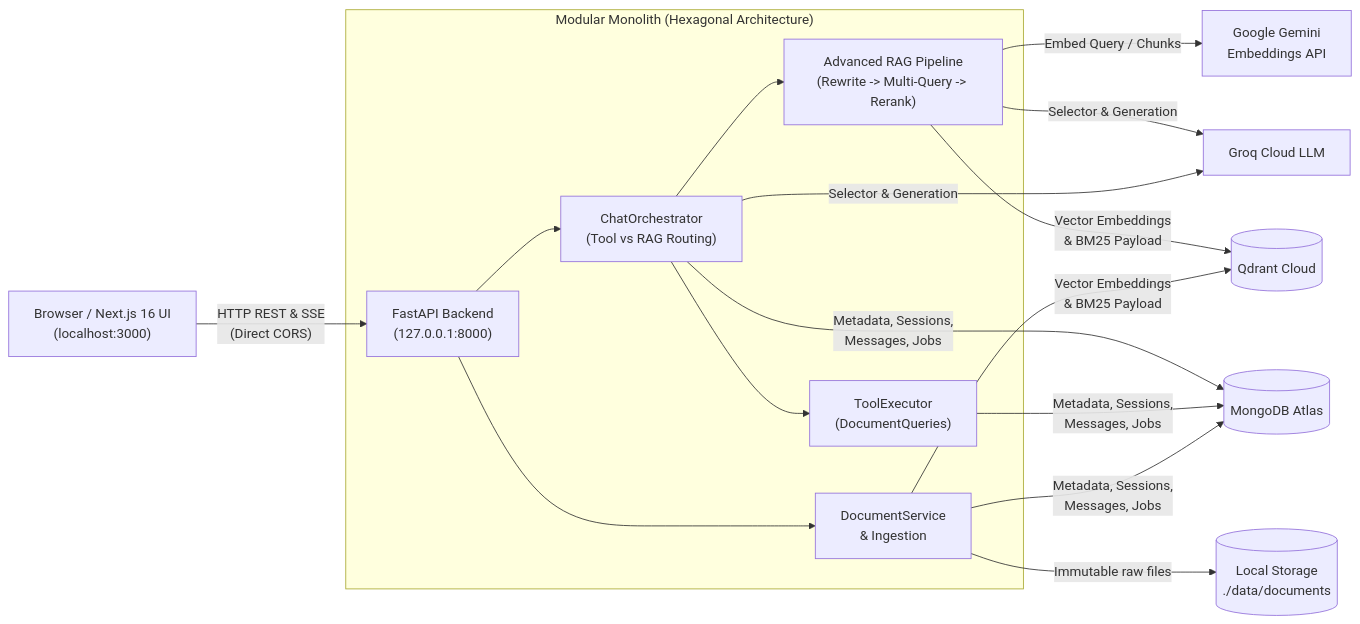
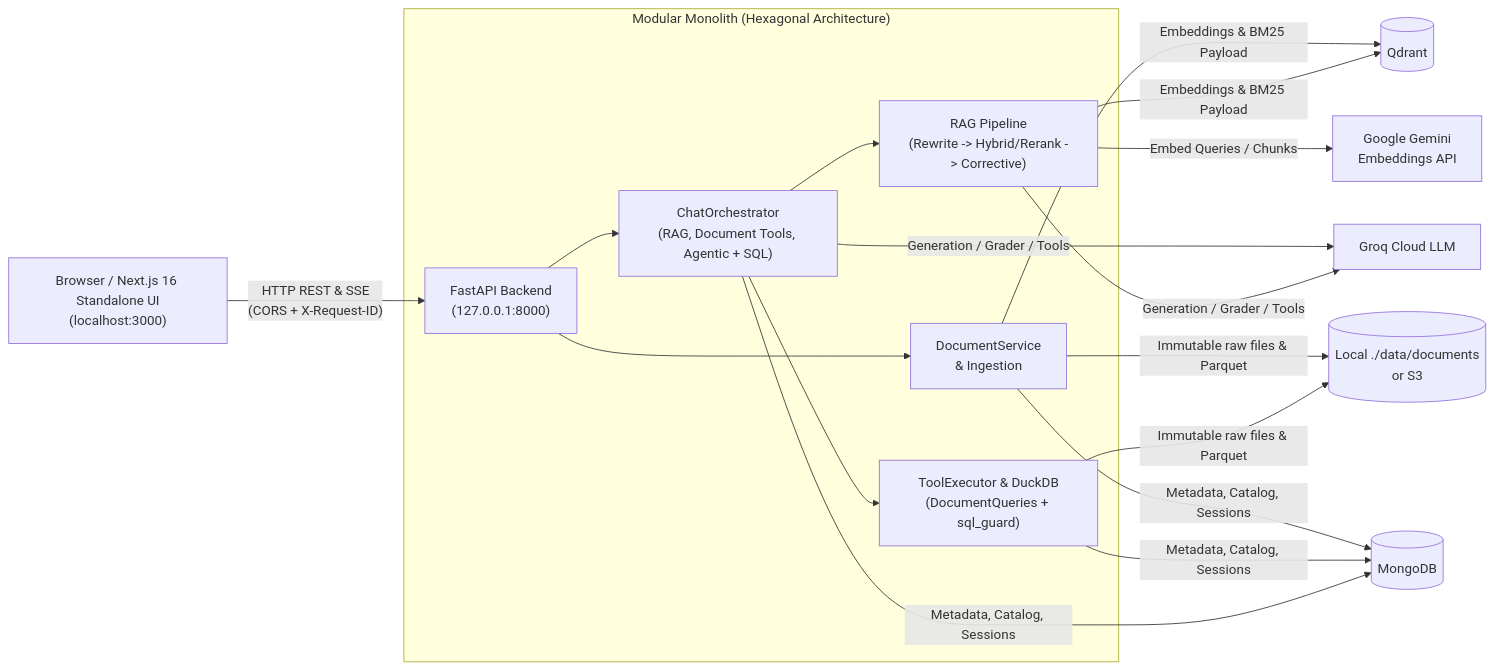
Before and after one commit to nghiaphm/rag-demo: the diagram in README.md, drawn with Mermaid. The commit also changed other lines of this file and 4 other files, not shown here.

````diff
--- a/README.md
+++ b/README.md
@@ -40,17 +30,17 @@
 ```mermaid
 flowchart LR
-    User["Browser / Next.js 16 UI\n(localhost:3000)"] -- "HTTP REST & SSE\n(Direct CORS)" --> API["FastAPI Backend\n(127.0.0.1:8000)"]
-    
+    User["Browser / Next.js 16 Standalone UI\n(localhost:3000)"] -- "HTTP REST & SSE\n(CORS + X-Request-ID)" --> API["FastAPI Backend\n(127.0.0.1:8000)"]
+
     subgraph Backend ["Modular Monolith (Hexagonal Architecture)"]
-        API --> Orch["ChatOrchestrator\n(Tool vs RAG Routing)"]
+        API --> Orch["ChatOrchestrator\n(RAG, Document Tools, Agentic + SQL)"]
         API --> DocSvc["DocumentService\n& Ingestion"]
-        Orch --> RAG["Advanced RAG Pipeline\n(Rewrite -> Multi-Query -> Rerank)"]
-        Orch --> Tools["ToolExecutor\n(DocumentQueries)"]
+        Orch --> RAG["RAG Pipeline\n(Rewrite -> Hybrid/Rerank -> Corrective)"]
+        Orch --> Tools["ToolExecutor & DuckDB\n(DocumentQueries + sql_guard)"]
     end
 
-    DocSvc -- "Immutable raw files" --> FS[("Local Storage\n./data/documents")]
-    DocSvc & Tools & Orch -- "Metadata, Sessions,\nMessages, Jobs" --> Mongo[("MongoDB Atlas")]
-    DocSvc & RAG -- "Vector Embeddings\n& BM25 Payload" --> Qdrant[("Qdrant Cloud")]
-    RAG -- "Embed Query / Chunks" --> Gemini["Google Gemini\nEmbeddings API"]
-    Orch & RAG -- "Selector & Generation" --> Groq["Groq Cloud LLM"]
+    DocSvc & Tools -- "Immutable raw files & Parquet" --> FS[("Local ./data/documents\nor S3")]
+    DocSvc & Tools & Orch -- "Metadata, Catalog, Sessions" --> Mongo[("MongoDB")]
+    DocSvc & RAG -- "Embeddings & BM25 Payload" --> Qdrant[("Qdrant")]
+    RAG -- "Embed Queries / Chunks" --> Gemini["Google Gemini\nEmbeddings API"]
+    Orch & RAG -- "Generation / Grader / Tools" --> Groq["Groq Cloud LLM"]
 ```
````
